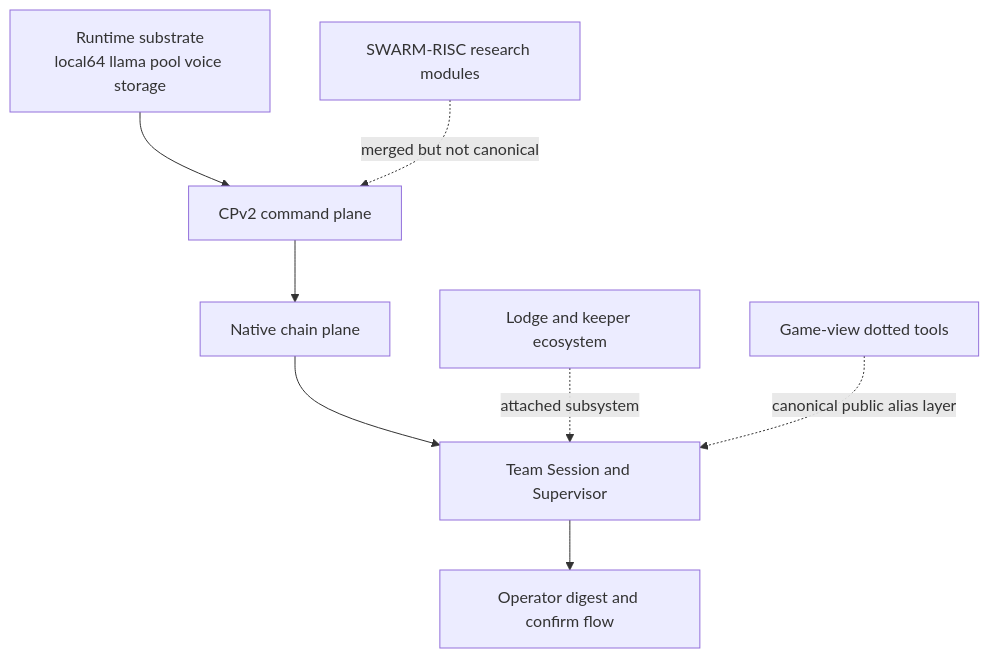
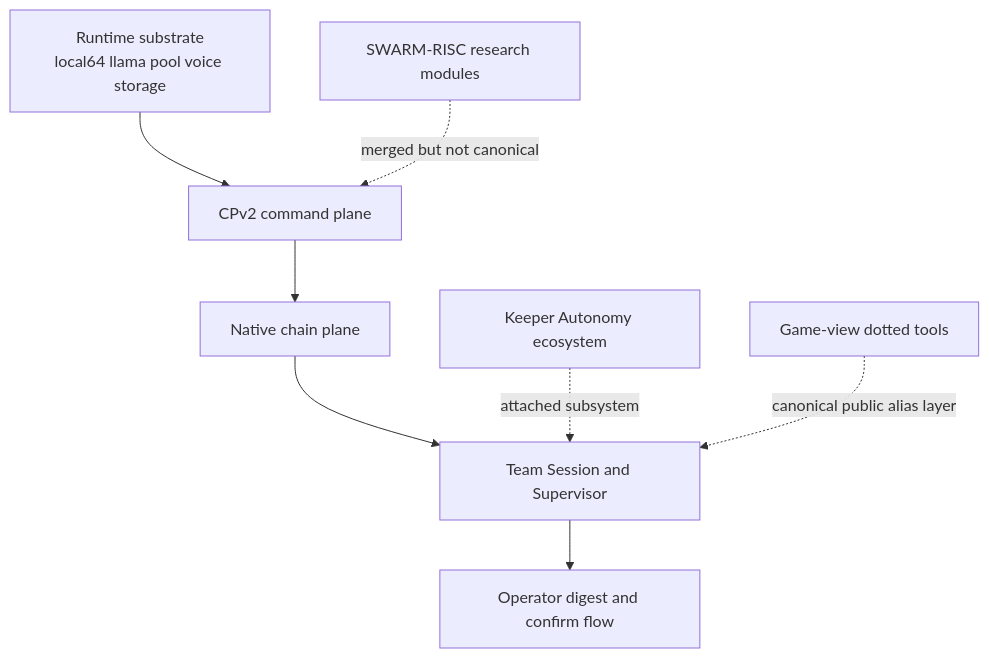
One commit to jeong-sik/masc changed the fifth of 5 diagrams in docs/MCP-SURFACE-AUDIT.md. Above: the diagram before and after it, drawn with Mermaid. The commit also changed other lines of this file and 64 other files, not shown here.

First line of the commit message:
refactor: rename Lodge to Autonomy/Keeper across codebase

````diff
--- a/docs/MCP-SURFACE-AUDIT.md
+++ b/docs/MCP-SURFACE-AUDIT.md
@@ -119,11 +119,11 @@
 ```mermaid
 flowchart TD
   Runtime[Runtime substrate<br/>local64 llama pool voice storage] --> Control[CPv2 command plane]
   Control --> Orchestration[Native chain plane]
   Orchestration --> Workflow[Team Session and Supervisor]
   Workflow --> Operator[Operator digest and confirm flow]
 
-  Secondary1[Lodge and keeper ecosystem] -. attached subsystem .-> Workflow
+  Secondary1[Keeper Autonomy ecosystem] -. attached subsystem .-> Workflow
   Secondary2[Game-view dotted tools] -. canonical public alias layer .-> Workflow
   Secondary3[SWARM-RISC research modules] -. merged but not canonical .-> Control
 ```
````
